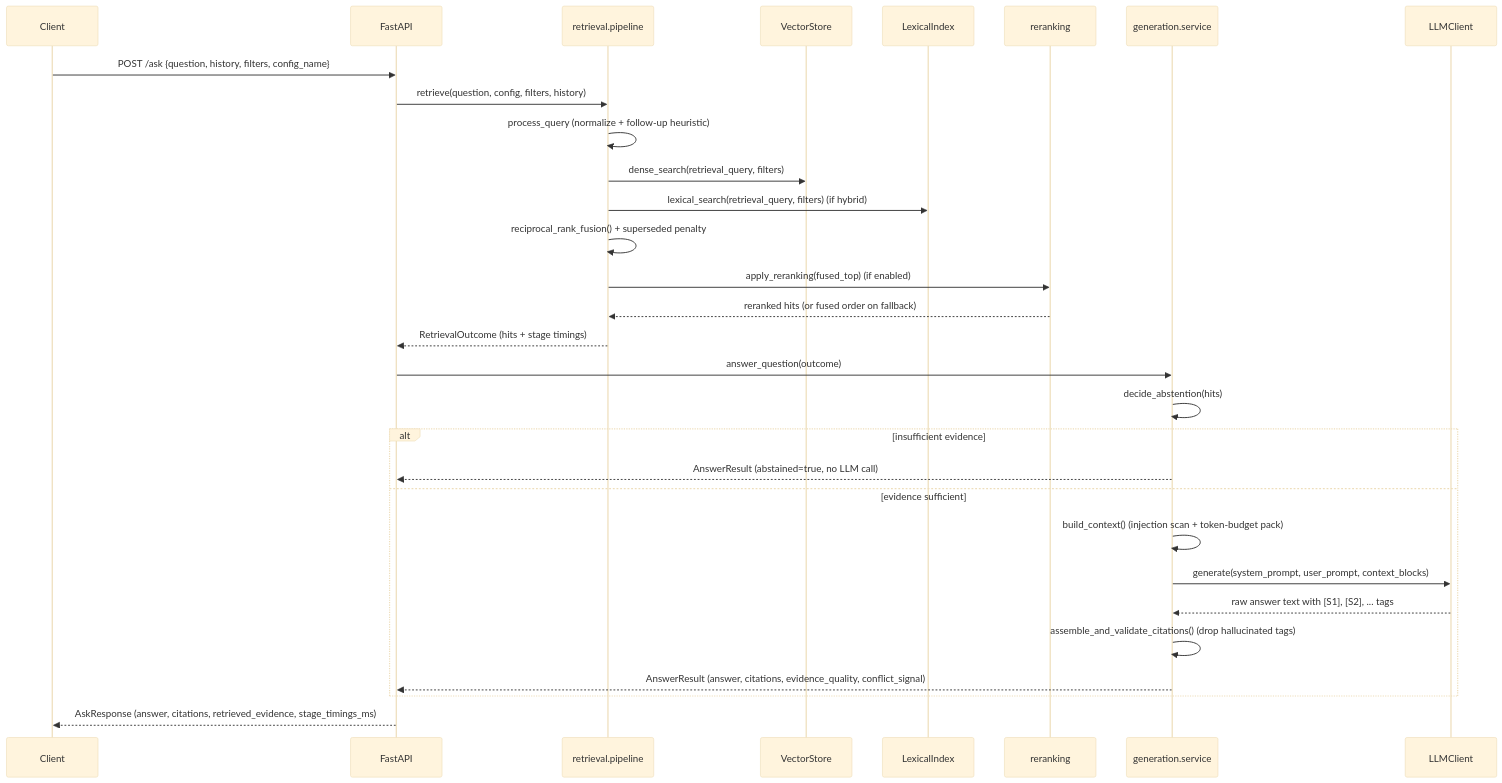
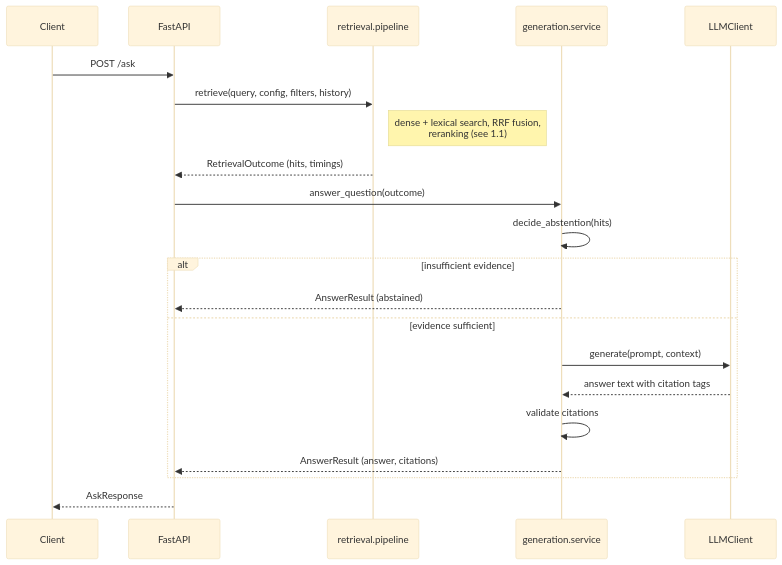
The third of 3 diagrams in ARCHITECTURE.md (TPVinnie/documentation-assistant), drawn with Mermaid (base theme) before and after one commit. The commit also changed other lines of this file and 1 other file, not shown here.

Commit message:
Simplify the sequence diagram to reduce rendering load
Bisected the sequence diagram's content in isolation (temporary
MERMAID_DEBUG2.md, now removed) and confirmed it renders correctly on
GitHub — the identical content succeeded twice in a row on its own. The
remaining intermittent failure on ARCHITECTURE.md specifically appears
tied to having three substantial diagrams competing for rendering on one
page; the sequence diagram, being last, is the most exposed to that.

Reduced it from 8 participants/~19 messages to 5/~13 by folding the
dense/lexical/fusion/reranking internals (already fully shown in 1.1)
into a single note, lowering this diagram's own render cost as a hedge
against the shared-page rendering load, independent of whether that
theory is the full explanation.

````diff
--- a/ARCHITECTURE.md
+++ b/ARCHITECTURE.md
@@ -144,33 +148,24 @@
 ```mermaid
 sequenceDiagram
     participant Client
     participant API as FastAPI
     participant Retrieval as retrieval.pipeline
-    participant Vec as VectorStore
-    participant Lex as LexicalIndex
-    participant Rerank as reranking
     participant Gen as generation.service
     participant LLM as LLMClient
 
-    Client->>API: POST /ask {question, history, filters, config_name}
-    API->>Retrieval: retrieve(question, config, filters, history)
-    Retrieval->>Retrieval: process_query (normalize + follow-up heuristic)
-    Retrieval->>Vec: dense_search(retrieval_query, filters)
-    Retrieval->>Lex: lexical_search(retrieval_query, filters)  (if hybrid)
-    Retrieval->>Retrieval: reciprocal_rank_fusion() + superseded penalty
-    Retrieval->>Rerank: apply_reranking(fused_top)  (if enabled)
-    Rerank-->>Retrieval: reranked hits (or fused order on fallback)
-    Retrieval-->>API: RetrievalOutcome (hits + stage timings)
+    Client->>API: POST /ask
+    API->>Retrieval: retrieve(query, config, filters, history)
+    Note right of Retrieval: dense + lexical search, RRF fusion,<br/>reranking (see 1.1)
+    Retrieval-->>API: RetrievalOutcome (hits, timings)
     API->>Gen: answer_question(outcome)
     Gen->>Gen: decide_abstention(hits)
     alt insufficient evidence
-        Gen-->>API: AnswerResult (abstained=true, no LLM call)
+        Gen-->>API: AnswerResult (abstained)
     else evidence sufficient
-        Gen->>Gen: build_context() (injection scan + token-budget pack)
-        Gen->>LLM: generate(system_prompt, user_prompt, context_blocks)
-        LLM-->>Gen: raw answer text with [S1], [S2], ... tags
-        Gen->>Gen: assemble_and_validate_citations() (drop hallucinated tags)
-        Gen-->>API: AnswerResult (answer, citations, evidence_quality, conflict_signal)
+        Gen->>LLM: generate(prompt, context)
+        LLM-->>Gen: answer text with citation tags
+        Gen->>Gen: validate citations
+        Gen-->>API: AnswerResult (answer, citations)
     end
-    API-->>Client: AskResponse (answer, citations, retrieved_evidence, stage_timings_ms)
+    API-->>Client: AskResponse
 ```
````
